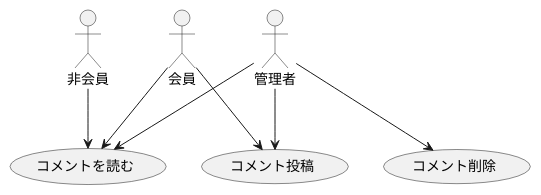
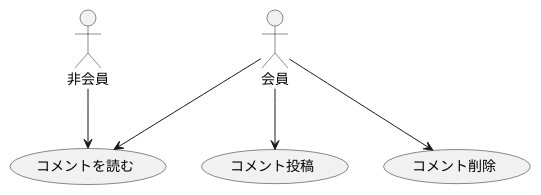
The second of 2 diagrams in sphinx/system_requirement/page/all/book/index.rst (ahyaemon/bancha_books), drawn with PlantUML before and after one commit. The commit also changed other lines of this file and 37 other files, not shown here.

```diff
--- a/sphinx/system_requirement/page/all/book/index.rst
+++ b/sphinx/system_requirement/page/all/book/index.rst
@@ -22,18 +20,15 @@
   .. uml::
 
     actor :非会員: as Non
     actor :会員: as General
-    actor :管理者: as Admin
 
     (コメントを読む) as (Read Comment)
     (コメント投稿) as (Submit Comment)
     (コメント削除) as (Delete Comment)
 
     Non --> (Read Comment)
     General --> (Read Comment)
-    Admin --> (Read Comment)
 
     General --> (Submit Comment)
-    Admin --> (Submit Comment)
 
-    Admin --> (Delete Comment)
+    General --> (Delete Comment)
```
